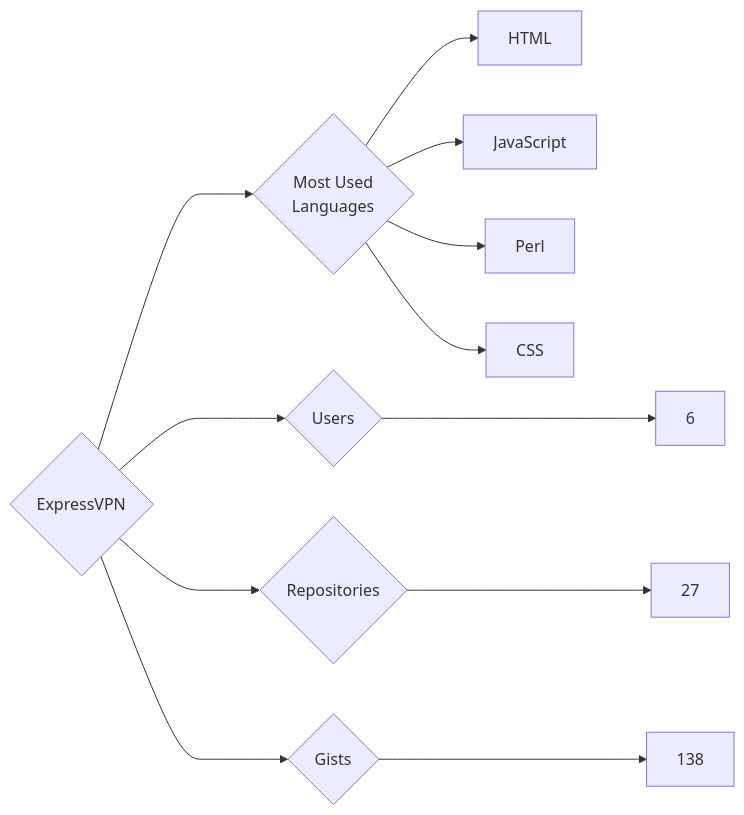
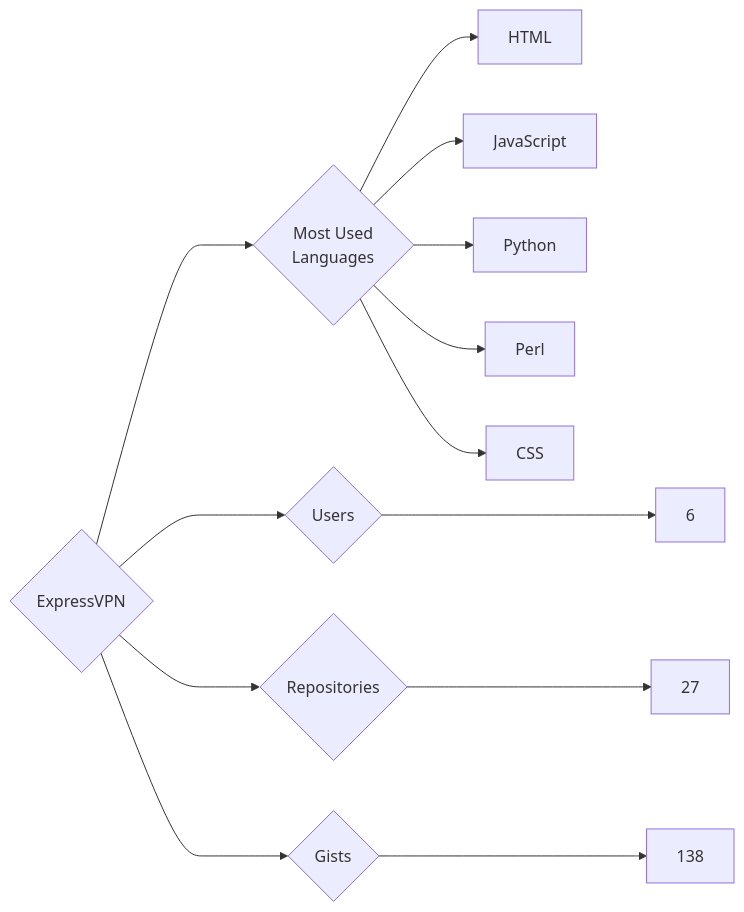
One commit to trickest/insiders changed the diagram in targets/ExpressVPN/README.md. Above: the diagram before and after it, drawn with Mermaid. The commit also changed 880 other files, not shown here.

````diff
--- a/targets/ExpressVPN/README.md
+++ b/targets/ExpressVPN/README.md
@@ -3,12 +3,13 @@
 ```mermaid
 graph LR
 COMPANY_NAME{ExpressVPN}
 COMPANY_NAME ---> U{Users} ---> UN[6]
 COMPANY_NAME ---> R{Repositories} ---> RN[27]
 COMPANY_NAME ---> G{Gists} ---> GN[138]
 COMPANY_NAME ---> ML{Most Used<br>Languages}
 ML --> HTML[HTML]
 ML --> JavaScript[JavaScript]
+ML --> Python[Python]
 ML --> Perl[Perl]
 ML --> CSS[CSS]
 ```
````
